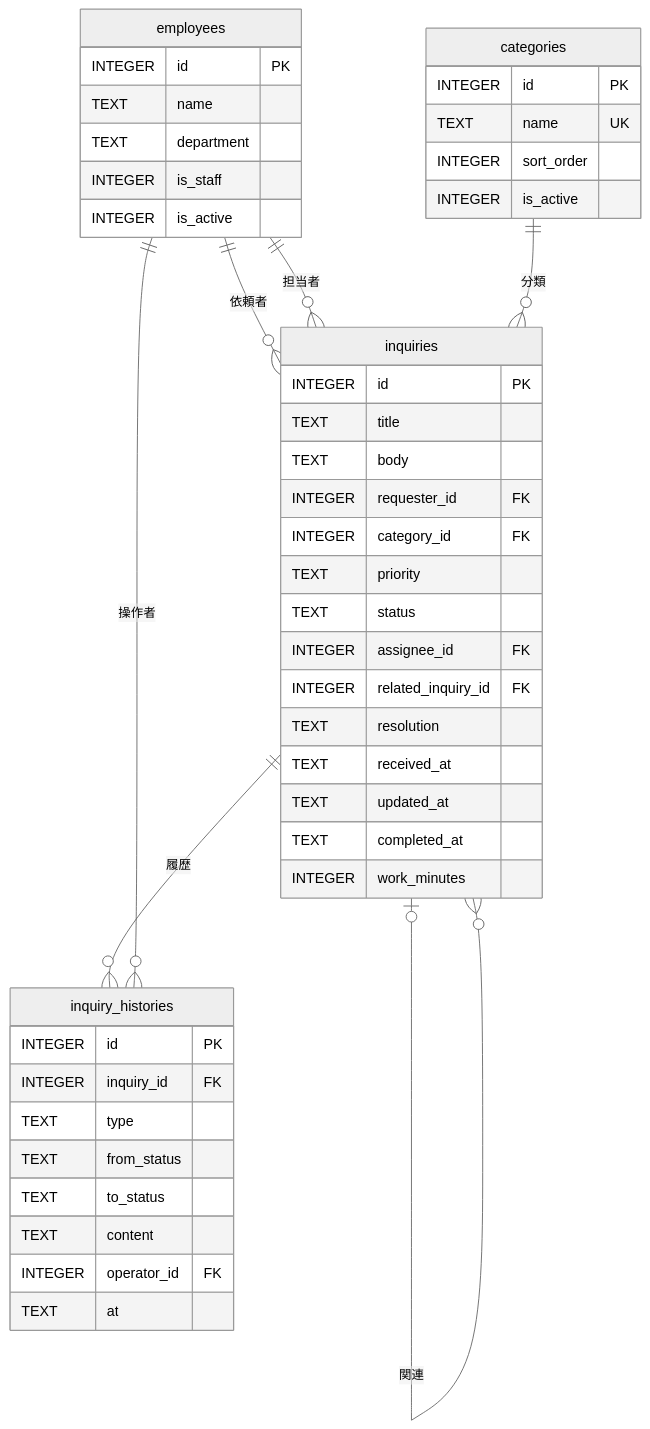
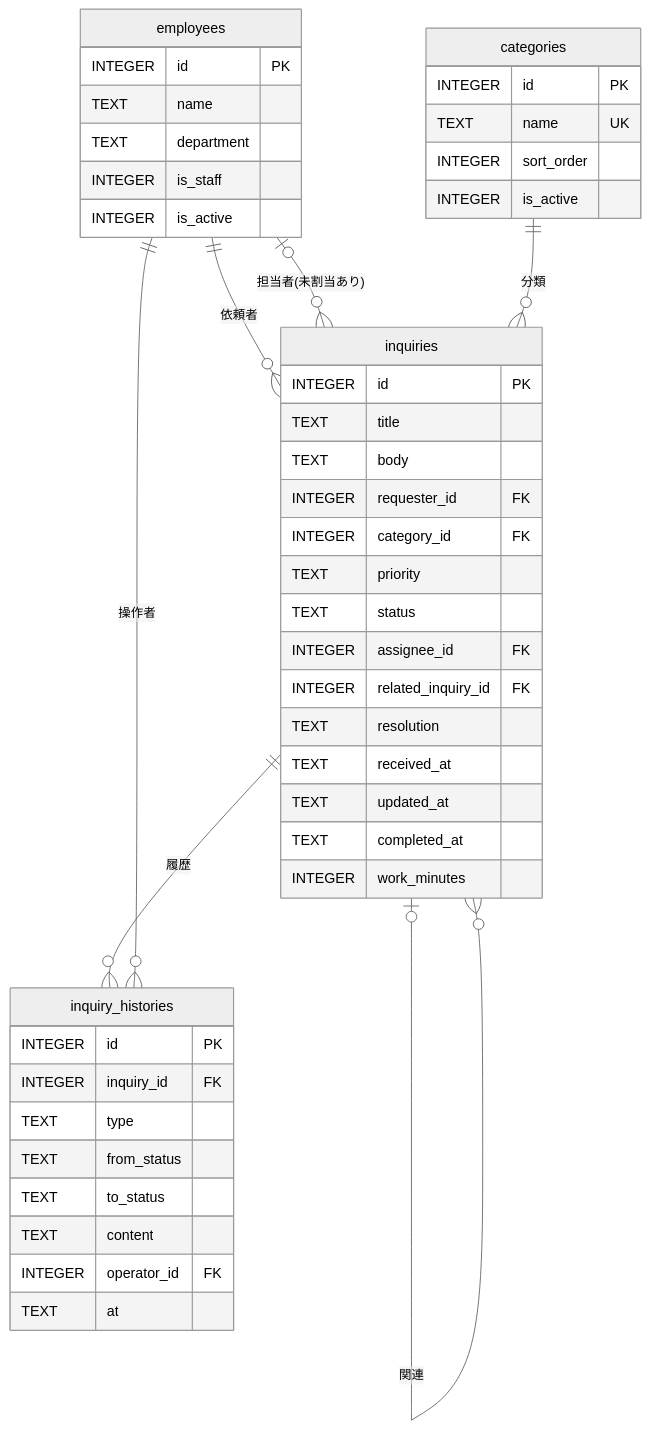
The fifth of 5 diagrams in docs/api-design.md (chengdanei48-beep/inquiry-management), drawn with Mermaid (neutral theme) before and after one commit. The commit also changed other lines of this file and 4 other files, not shown here.

First line of the commit message:
docs: DB定義の確認結果を反映(ER図・CHECK制約・担当者区分の変更・コメントと更新日時)

````diff
--- a/docs/api-design.md
+++ b/docs/api-design.md
@@ -332,49 +332,49 @@
 ```mermaid
 erDiagram
   employees ||--o{ inquiries : "依頼者"
-  employees ||--o{ inquiries : "担当者"
+  employees |o--o{ inquiries : "担当者(未割当あり)"
   categories ||--o{ inquiries : "分類"
   inquiries ||--o{ inquiry_histories : "履歴"
   employees ||--o{ inquiry_histories : "操作者"
   inquiries |o--o{ inquiries : "関連"
 
   employees {
     INTEGER id PK
     TEXT name
     TEXT department
     INTEGER is_staff
     INTEGER is_active
   }
   categories {
     INTEGER id PK
     TEXT name UK
     INTEGER sort_order
     INTEGER is_active
   }
   inquiries {
     INTEGER id PK
     TEXT title
     TEXT body
     INTEGER requester_id FK
     INTEGER category_id FK
     TEXT priority
     TEXT status
     INTEGER assignee_id FK
     INTEGER related_inquiry_id FK
     TEXT resolution
     TEXT received_at
     TEXT updated_at
     TEXT completed_at
     INTEGER work_minutes
   }
   inquiry_histories {
     INTEGER id PK
     INTEGER inquiry_id FK
     TEXT type
     TEXT from_status
     TEXT to_status
     TEXT content
     INTEGER operator_id FK
     TEXT at
   }
 ```
````
